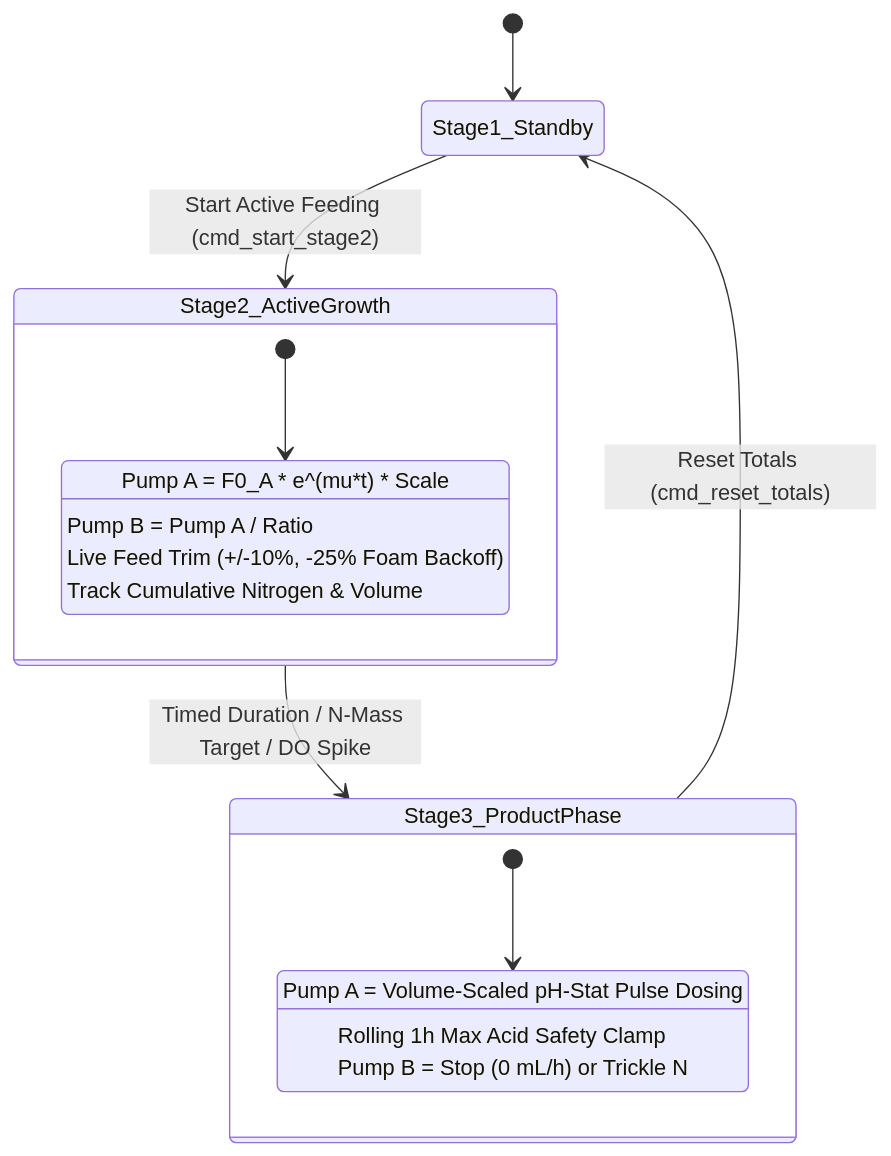
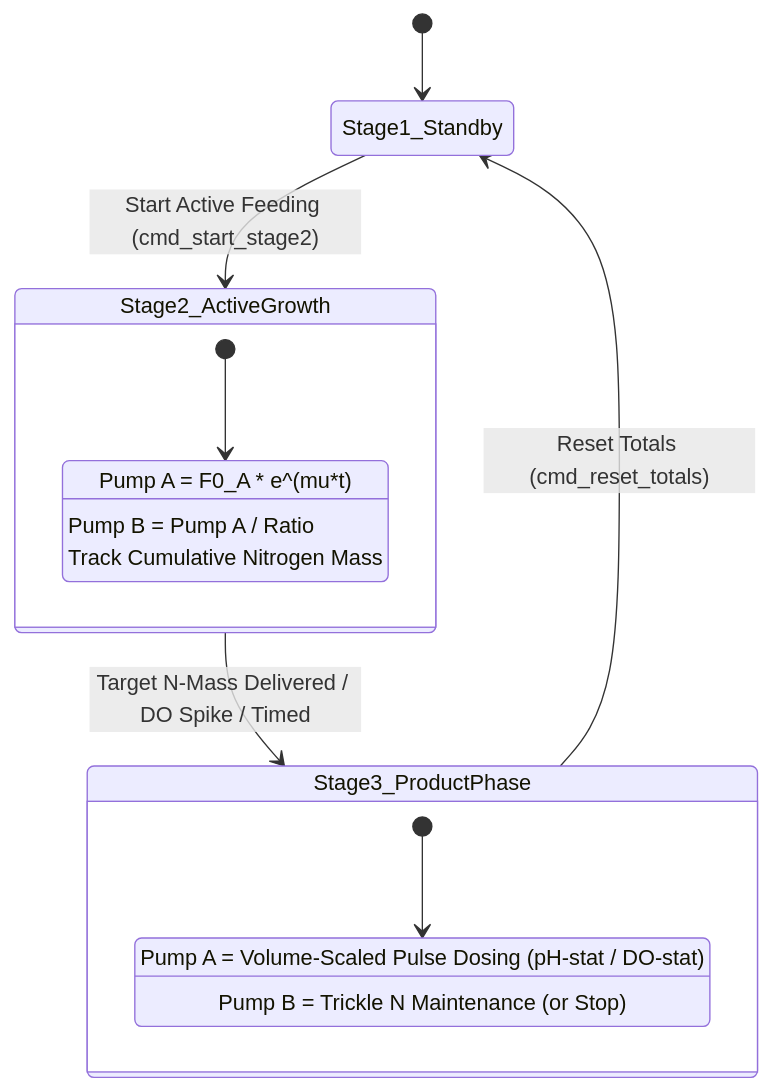
One commit to tazomatalax/Mycodo-custom changed the first of 2 diagrams in custom_functions/pha fedbatch controller/README.md. Above: the diagram before and after it, drawn with Mermaid. The commit also changed other lines of this file and 2 other files, not shown here.

````diff
--- a/custom_functions/pha fedbatch controller/README.md
+++ b/custom_functions/pha fedbatch controller/README.md
@@ -32,22 +29,20 @@
 ```mermaid
 stateDiagram-v2
     [*] --> Stage1_Standby
     Stage1_Standby --> Stage2_ActiveGrowth: Start Active Feeding (cmd_start_stage2)
-    Stage2_ActiveGrowth --> Stage3_ProductPhase: Timed Duration / N-Mass Target / DO Spike
+    Stage2_ActiveGrowth --> Stage3_ProductPhase: Target N-Mass Delivered / DO Spike / Timed
     Stage3_ProductPhase --> Stage1_Standby: Reset Totals (cmd_reset_totals)
 
     state Stage2_ActiveGrowth {
         [*] --> Exponential_Feed
-        Exponential_Feed: Pump A = F0_A * e^(mu*t) * Scale
+        Exponential_Feed: Pump A = F0_A * e^(mu*t)
         Exponential_Feed: Pump B = Pump A / Ratio
-        Exponential_Feed: Live Feed Trim (+/-10%, -25% Foam Backoff)
-        Exponential_Feed: Track Cumulative Nitrogen & Volume
+        Exponential_Feed: Track Cumulative Nitrogen Mass
     }
 
     state Stage3_ProductPhase {
         [*] --> Adaptive_Feedback
-        Adaptive_Feedback: Pump A = Volume-Scaled pH-Stat Pulse Dosing
-        Adaptive_Feedback: Rolling 1h Max Acid Safety Clamp
-        Adaptive_Feedback: Pump B = Stop (0 mL/h) or Trickle N
+        Adaptive_Feedback: Pump A = Volume-Scaled Pulse Dosing (pH-stat / DO-stat)
+        Adaptive_Feedback: Pump B = Trickle N Maintenance (or Stop)
     }
 ```
````
